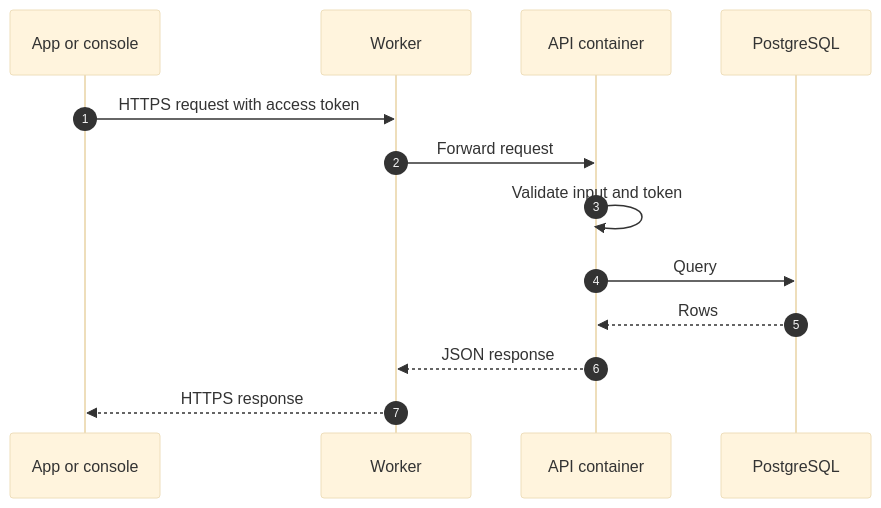
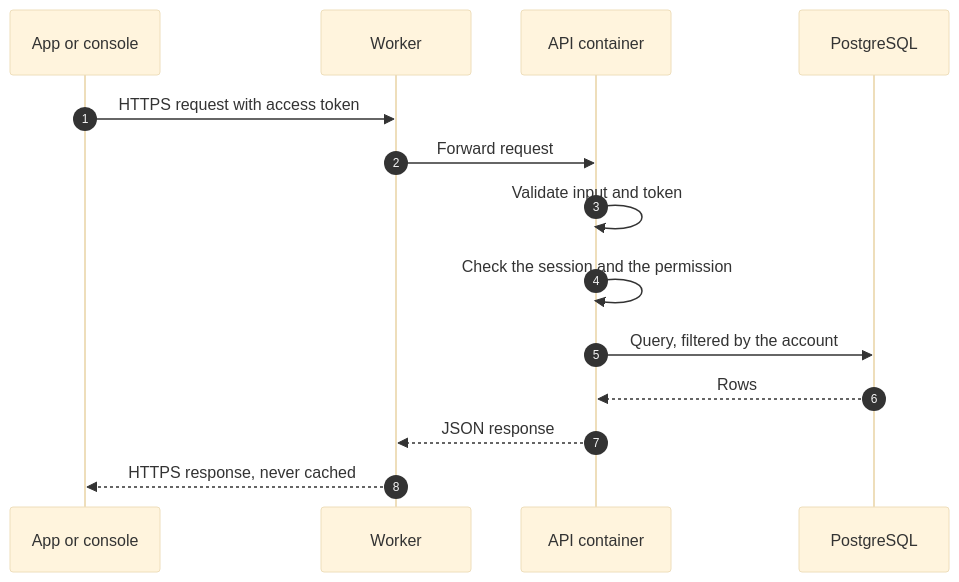
One commit to Gelpy/gelpy changed the diagram in docs/architecture/data-flow.md. Above: the diagram before and after it, drawn with Mermaid (base theme). The commit also changed other lines of this file and 37 other files, not shown here.

````diff
--- a/docs/architecture/data-flow.md
+++ b/docs/architecture/data-flow.md
@@ -13,16 +13,17 @@
 ```mermaid
 sequenceDiagram
   autonumber
   participant C as App or console
   participant W as Worker
   participant A as API container
   participant D as PostgreSQL
 
   C->>W: HTTPS request with access token
   W->>A: Forward request
   A->>A: Validate input and token
-  A->>D: Query
+  A->>A: Check the session and the permission
+  A->>D: Query, filtered by the account
   D-->>A: Rows
   A-->>W: JSON response
-  W-->>C: HTTPS response
+  W-->>C: HTTPS response, never cached
 ```
````
